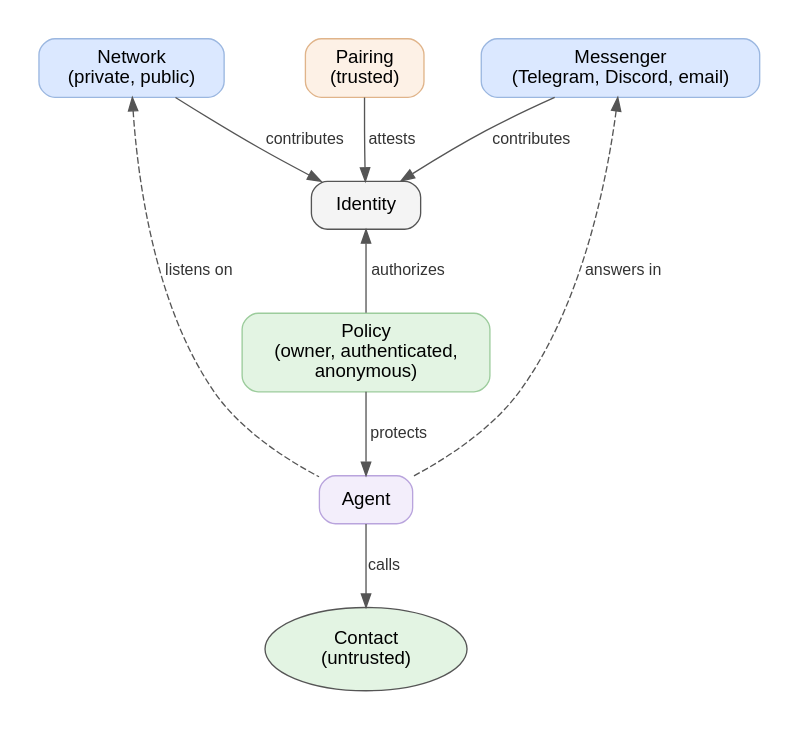
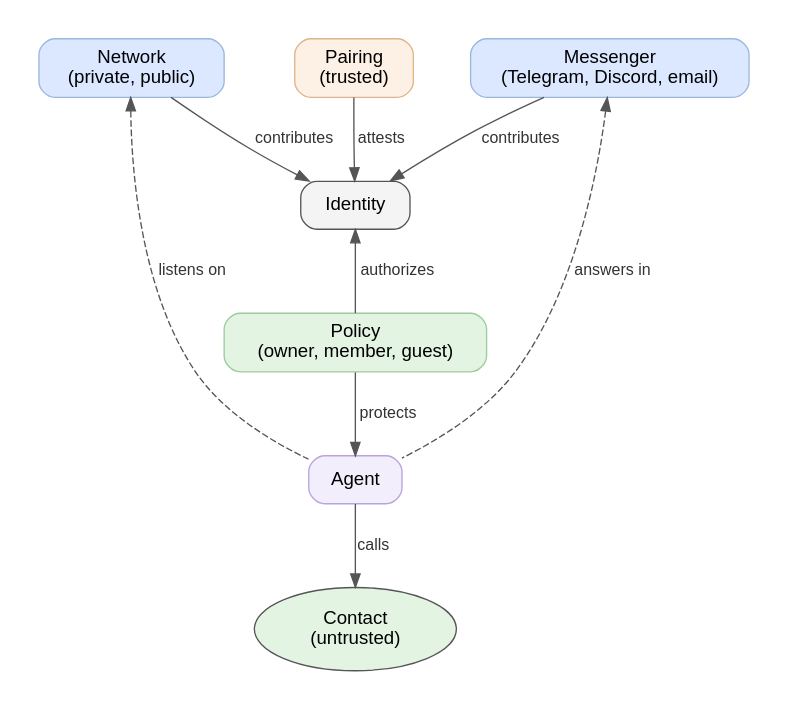
One commit to a2aproject/a2a-serve changed the diagram in docs/graphs/access-model-concepts.dot. Above: the diagram before and after it, drawn with Graphviz. The commit also changed 107 other files, not shown here.

First line of the commit message:
refactor!: call the roles owner, member and guest (#376)

```diff
--- a/docs/graphs/access-model-concepts.dot
+++ b/docs/graphs/access-model-concepts.dot
@@ -1,27 +1,27 @@
 // Concepts: the entities of the access model and how they relate.
 // Render: docs/graphs/render.sh access-model-concepts.dot
 digraph concepts {
   rankdir=TB;
   graph [fontname="Helvetica", fontsize=14, nodesep=0.6, ranksep=0.7, pad=0.3, newrank=true];
   node  [fontname="Helvetica", fontsize=14, shape=box, style="rounded,filled", fillcolor="#ffffff", color="#555555", margin="0.2,0.1"];
   edge  [fontname="Helvetica", fontsize=12, color="#555555", fontcolor="#333333"];
 
   { rank=same;
     Network [label="Network\n(private, public)", fillcolor="#dbe8ff", color="#9bb7e0"];
     Messenger [label="Messenger\n(Telegram, Discord, email)", fillcolor="#dbe8ff", color="#9bb7e0"];
     Pairing [label="Pairing\n(trusted)", fillcolor="#fdf1e6", color="#e0b48a"];
   }
   Identity [fillcolor="#f4f4f4"];
-  Policy   [label="Policy\n(owner, authenticated,\nanonymous)", fillcolor="#e3f4e3", color="#9ccc9c"];
+  Policy   [label="Policy\n(owner, member, guest)", fillcolor="#e3f4e3", color="#9ccc9c"];
   Agent    [fillcolor="#f3eefb", color="#b9a4dd"];
   Contact  [label="Contact\n(untrusted)", shape=ellipse, fillcolor="#e3f4e3"];
 
   Network -> Identity [label="contributes"];
   Messenger -> Identity [label="contributes"];
   Pairing -> Identity [label="attests"];
   Identity -> Policy  [dir=back, label="authorizes"];
   Policy  -> Agent    [label="protects"];
   Agent   -> Contact  [label="calls"];
   Network -> Agent    [dir=back, style=dashed, label="listens on"];
   Messenger -> Agent    [dir=back, style=dashed, label="answers in"];
 }
```
